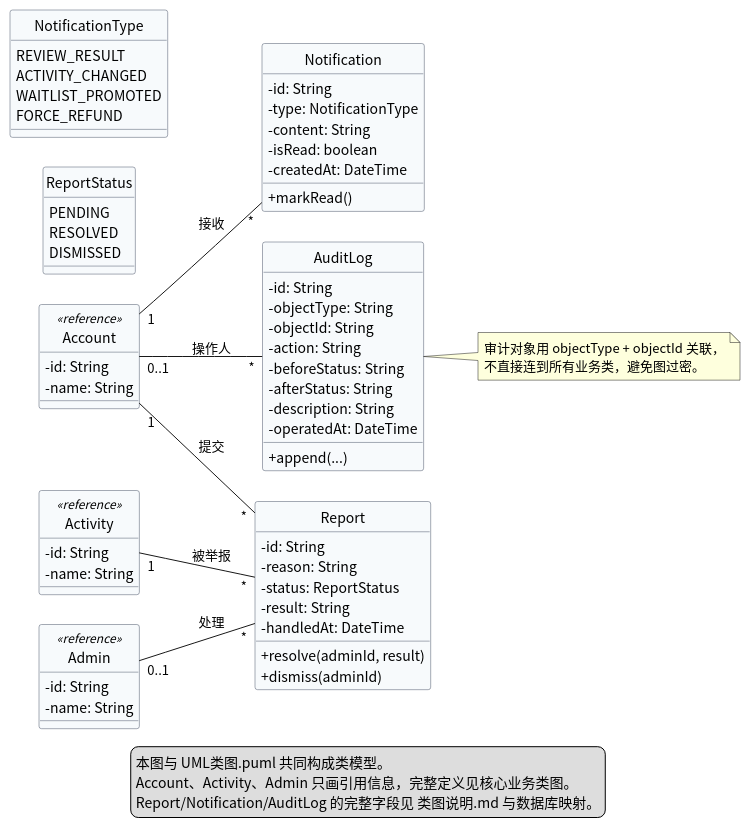
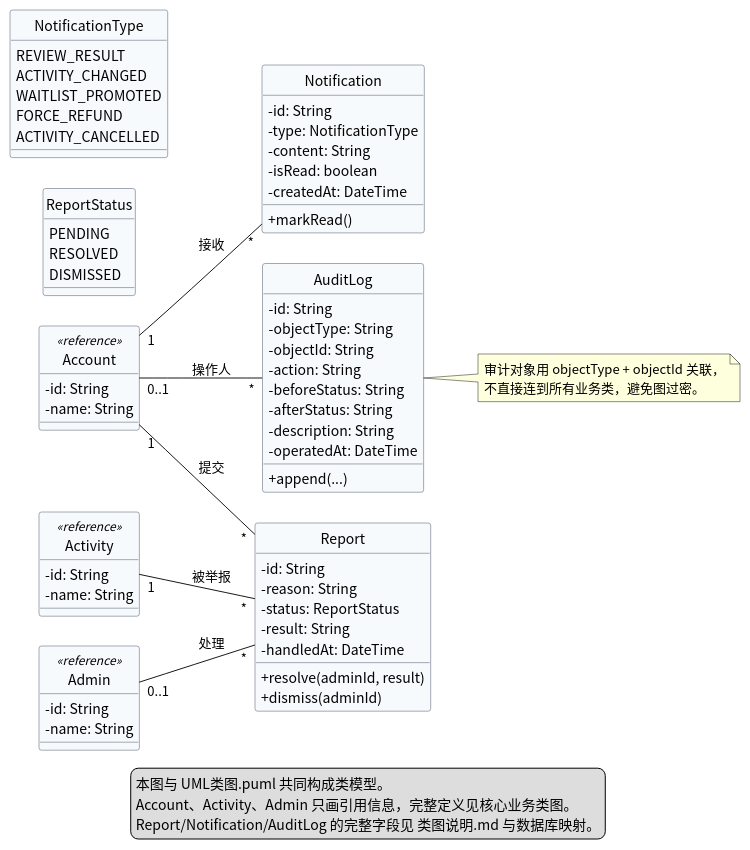
Before and after one commit to Lewis-44-China/se-lab1-requirements: the diagram in lab2/UML/UML类图_治理.puml, drawn with PlantUML. The commit also changed 13 other files, not shown here.

First line of the commit message:
lab2: 按人工复审更新 UML 设计与报告

```diff
--- a/lab2/UML/UML类图_治理.puml
+++ b/lab2/UML/UML类图_治理.puml
@@ -1,84 +1,85 @@
 @startuml UML类图_治理
 skinparam classAttributeIconSize 0
 skinparam shadowing false
 skinparam defaultFontName "Noto Sans CJK SC"
 skinparam nodesep 30
 skinparam ranksep 45
 skinparam class {
   BackgroundColor #F7FAFC
   BorderColor #4A5568
 }
 hide circle
 left to right direction
 
 class Account <<reference>> {
   - id: String
   - name: String
 }
 class Activity <<reference>> {
   - id: String
   - name: String
 }
 class Admin <<reference>> {
   - id: String
   - name: String
 }
 
 class Report {
   - id: String
   - reason: String
   - status: ReportStatus
   - result: String
   - handledAt: DateTime
   + resolve(adminId, result)
   + dismiss(adminId)
 }
 class Notification {
   - id: String
   - type: NotificationType
   - content: String
   - isRead: boolean
   - createdAt: DateTime
   + markRead()
 }
 class AuditLog {
   - id: String
   - objectType: String
   - objectId: String
   - action: String
   - beforeStatus: String
   - afterStatus: String
   - description: String
   - operatedAt: DateTime
   + append(...)
 }
 
 enum ReportStatus {
   PENDING
   RESOLVED
   DISMISSED
 }
 enum NotificationType {
   REVIEW_RESULT
   ACTIVITY_CHANGED
   WAITLIST_PROMOTED
   FORCE_REFUND
+  ACTIVITY_CANCELLED
 }
 
 Account "1" -- "*" Report : 提交
 Activity "1" -- "*" Report : 被举报
 Admin "0..1" -- "*" Report : 处理
 Account "1" -- "*" Notification : 接收
 Account "0..1" -- "*" AuditLog : 操作人
 
 note right of AuditLog
   审计对象用 objectType + objectId 关联，
   不直接连到所有业务类，避免图过密。
 end note
 
 legend bottom
   本图与 UML类图.puml 共同构成类模型。
   Account、Activity、Admin 只画引用信息，完整定义见核心业务类图。
   Report/Notification/AuditLog 的完整字段见 类图说明.md 与数据库映射。
 endlegend
 @enduml
```
